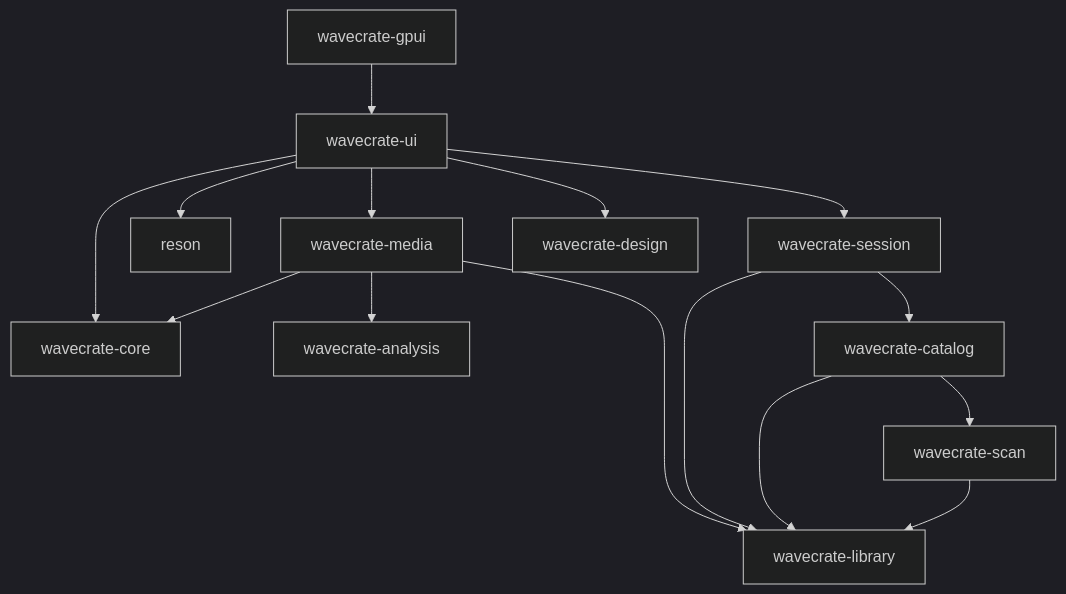
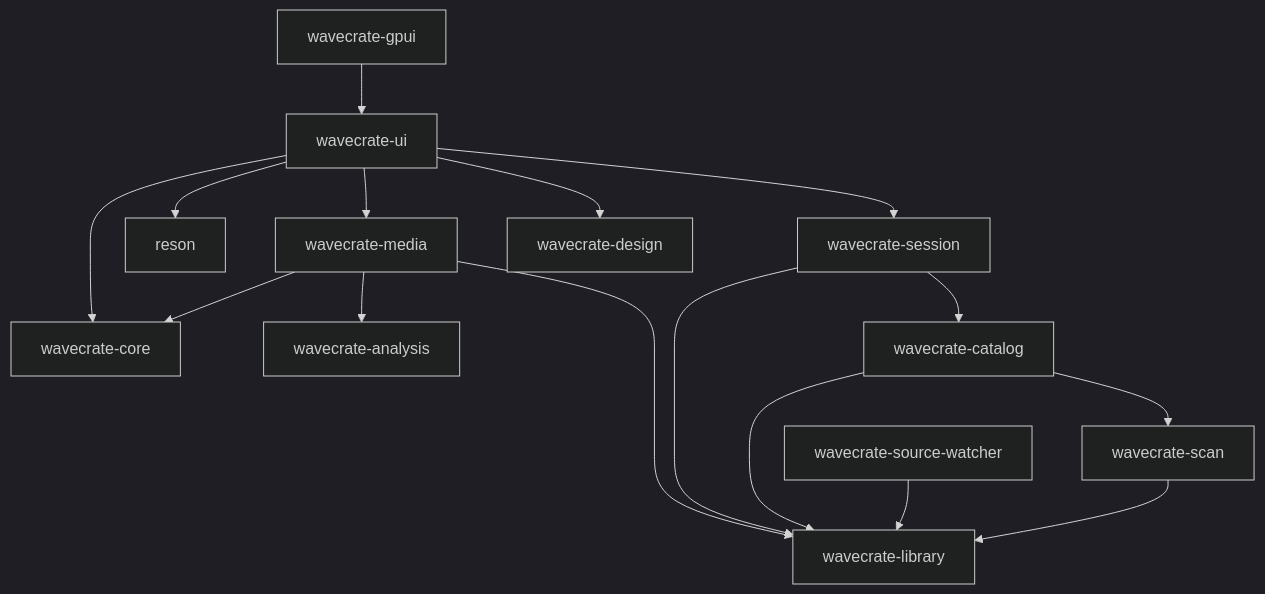
One commit to fromvoid-audio/yield changed the diagram in docs/GPUI_ARCHITECTURE.md. Above: the diagram before and after it, drawn with Mermaid (dark theme). The commit also changed other lines of this file and 1 other file, not shown here.

Commit message:
Document source watcher crate ownership

````diff
--- a/docs/GPUI_ARCHITECTURE.md
+++ b/docs/GPUI_ARCHITECTURE.md
@@ -29,17 +30,18 @@
 ```mermaid
 flowchart TD
     Launcher[wavecrate-gpui] --> UI[wavecrate-ui]
     UI --> Core[wavecrate-core]
     UI --> Media[wavecrate-media]
     UI --> Audio[reson]
     UI --> Session[wavecrate-session]
     Media --> Core
     Media --> Library[wavecrate-library]
     Media --> Analysis[wavecrate-analysis]
     UI --> Design[wavecrate-design]
     Session --> Library
     Session --> Catalog
     Catalog[wavecrate-catalog] --> Library
     Catalog --> Scan
+    Watcher[wavecrate-source-watcher] --> Library
     Scan[wavecrate-scan] --> Library
 ```
````
